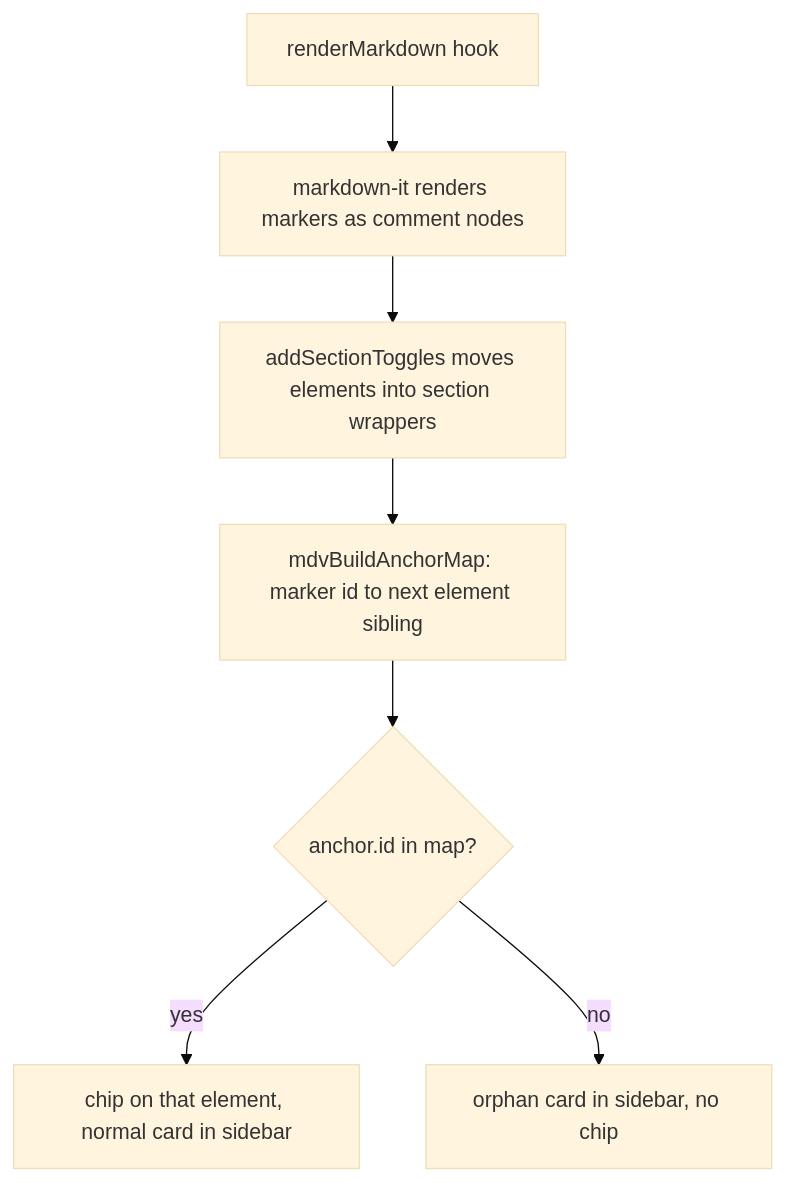
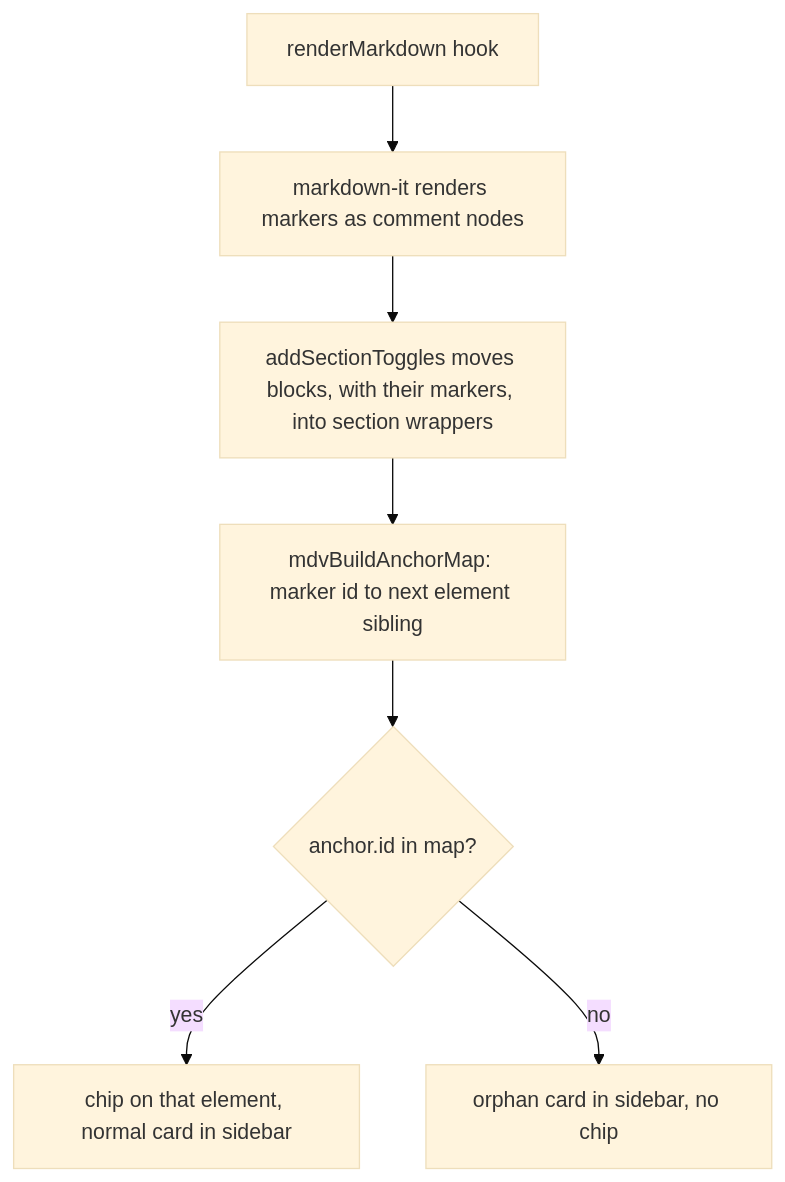
One commit to vikrantb/kites-markdown changed the first of 2 diagrams in docs/commenting.md. Above: the diagram before and after it, drawn with Mermaid (base theme). The commit also changed other lines of this file and 10 other files, not shown here.

First line of the commit message:
docs(reading-aids): read-aloud, features, roadmap and code map match the new behaviour; search and lightbox edge cases

````diff
--- a/docs/commenting.md
+++ b/docs/commenting.md
@@ -240,9 +240,9 @@
 ```mermaid
 flowchart TD
   A[renderMarkdown hook] --> B[markdown-it renders markers as comment nodes]
-  B --> C[addSectionToggles moves elements into section wrappers]
+  B --> C[addSectionToggles moves blocks, with their markers, into section wrappers]
   C --> D[mdvBuildAnchorMap: marker id to next element sibling]
   D --> E{anchor.id in map?}
   E -- yes --> F[chip on that element, normal card in sidebar]
   E -- no --> G[orphan card in sidebar, no chip]
 ```
````
